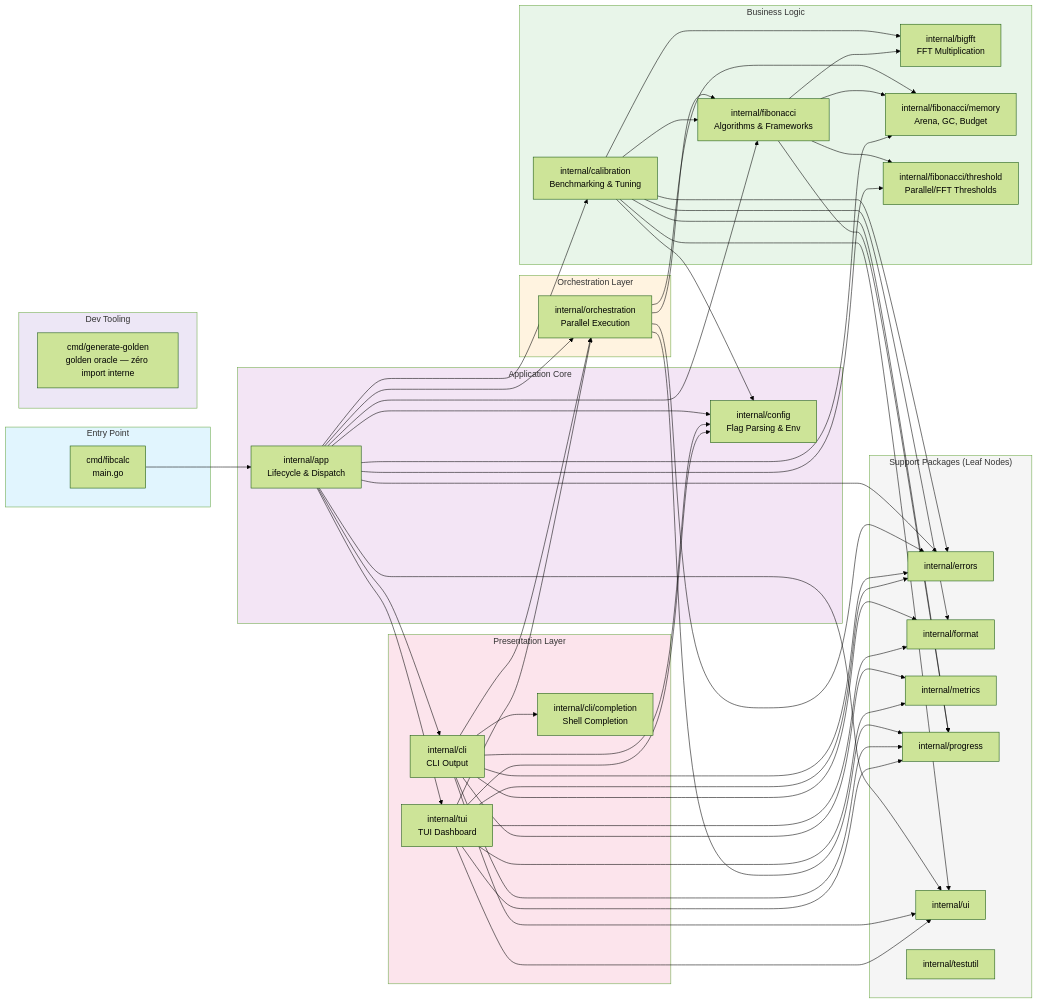
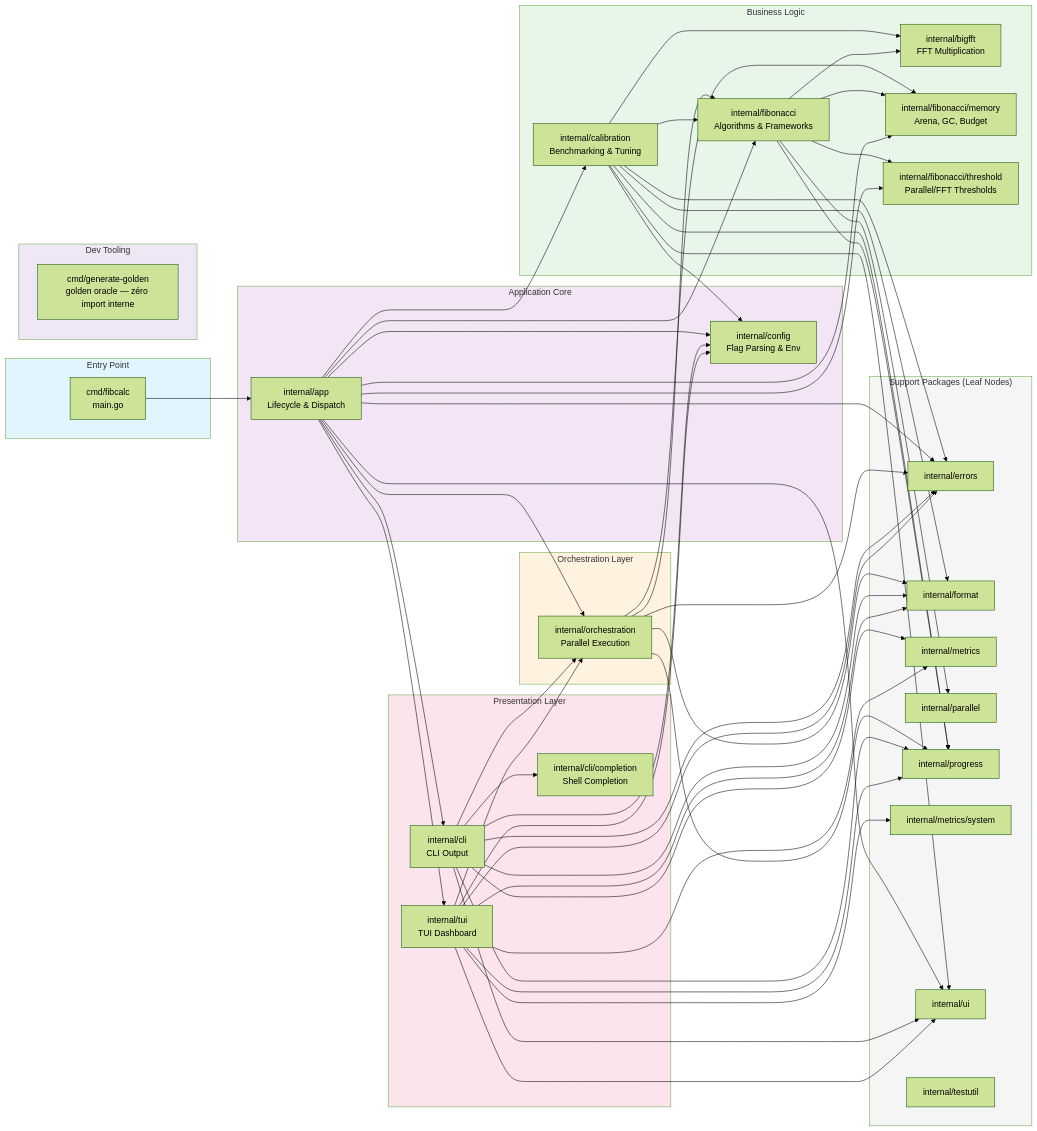
The diagram in docs/architecture/dependency-graph.mermaid (agbruneau/Fibonacci), drawn with Mermaid (forest theme) before and after one commit. The commit also changed 123 other files, not shown here.

```diff
--- a/docs/architecture/dependency-graph.mermaid
+++ b/docs/architecture/dependency-graph.mermaid
@@ -1,96 +1,101 @@
 flowchart LR
     subgraph Entry["Entry Point"]
         main["cmd/fibcalc<br/>main.go"]
     end
 
     subgraph Tooling["Dev Tooling"]
         gen["cmd/generate-golden<br/>golden oracle — zéro import interne"]
     end
 
     subgraph Core["Application Core"]
         app["internal/app<br/>Lifecycle & Dispatch"]
         config["internal/config<br/>Flag Parsing & Env"]
     end
 
     subgraph Orchestration["Orchestration Layer"]
         orch["internal/orchestration<br/>Parallel Execution"]
     end
 
     subgraph Business["Business Logic"]
         fib["internal/fibonacci<br/>Algorithms & Frameworks"]
         bigfft["internal/bigfft<br/>FFT Multiplication"]
         calib["internal/calibration<br/>Benchmarking & Tuning"]
         fibmem["internal/fibonacci/memory<br/>Arena, GC, Budget"]
         fibthr["internal/fibonacci/threshold<br/>Parallel/FFT Thresholds"]
     end
 
     subgraph Presentation["Presentation Layer"]
         cli["internal/cli<br/>CLI Output"]
         completion["internal/cli/completion<br/>Shell Completion"]
         tui["internal/tui<br/>TUI Dashboard"]
     end
 
     subgraph Support["Support Packages (Leaf Nodes)"]
         errors["internal/errors"]
         format["internal/format"]
         metrics["internal/metrics"]
+        parallel["internal/parallel"]
         progress["internal/progress"]
+        sysmon["internal/metrics/system"]
         ui["internal/ui"]
         testutil["internal/testutil"]
     end
 
     main --> app
     app --> config
     app --> orch
     app --> cli
     app --> tui
     app --> calib
     app --> fib
     app --> errors
     app --> ui
 
     orch --> fib
     orch --> errors
     orch --> progress
     orch --> fibmem
+    orch --> format
 
     calib --> fib
     calib --> bigfft
     calib --> config
     calib --> errors
     calib --> format
     calib --> ui
     calib --> progress
 
     fib --> bigfft
+    fib --> parallel
     fib --> progress
     fib --> fibmem
     fib --> fibthr
 
     cli --> completion
     cli --> format
     cli --> errors
     cli --> metrics
     cli --> ui
     cli --> orch
     cli --> config
     cli --> progress
 
     tui --> format
     tui --> metrics
+    tui --> sysmon
     tui --> ui
     tui --> errors
     tui --> config
     tui --> orch
     tui --> progress
 
     app --> fibmem
     app --> fibthr
 
     style Entry fill:#e1f5fe
     style Tooling fill:#ede7f6
     style Core fill:#f3e5f5
     style Orchestration fill:#fff3e0
     style Business fill:#e8f5e9
     style Presentation fill:#fce4ec
     style Support fill:#f5f5f5
```
